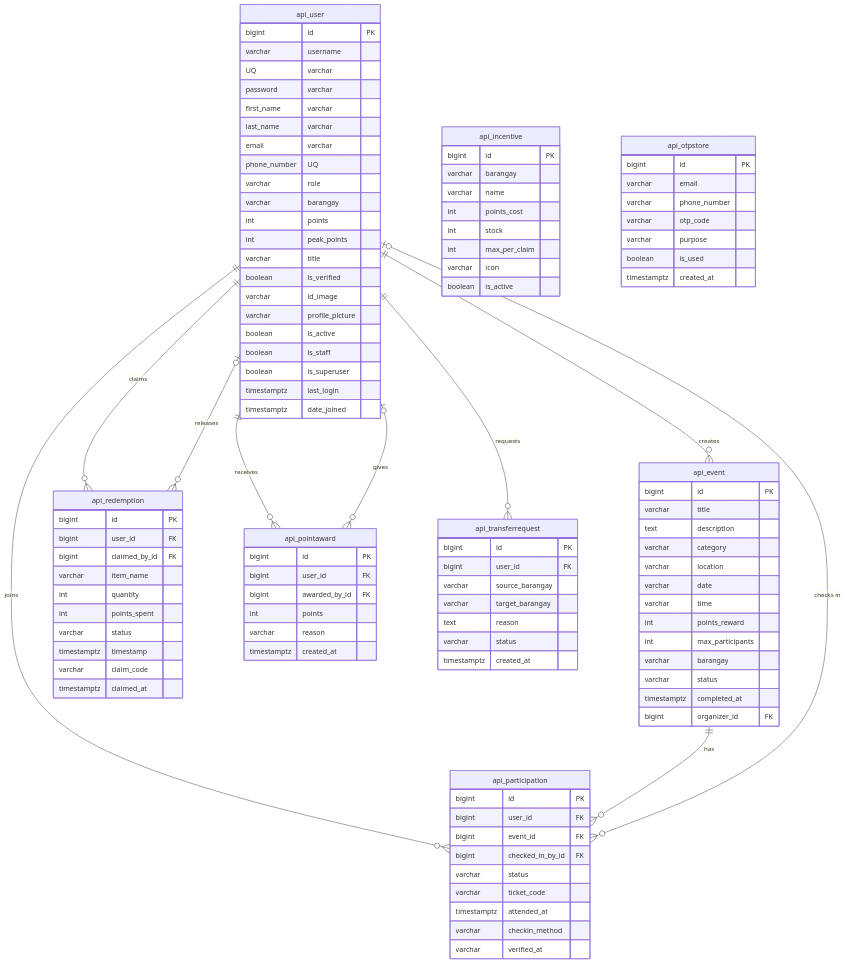
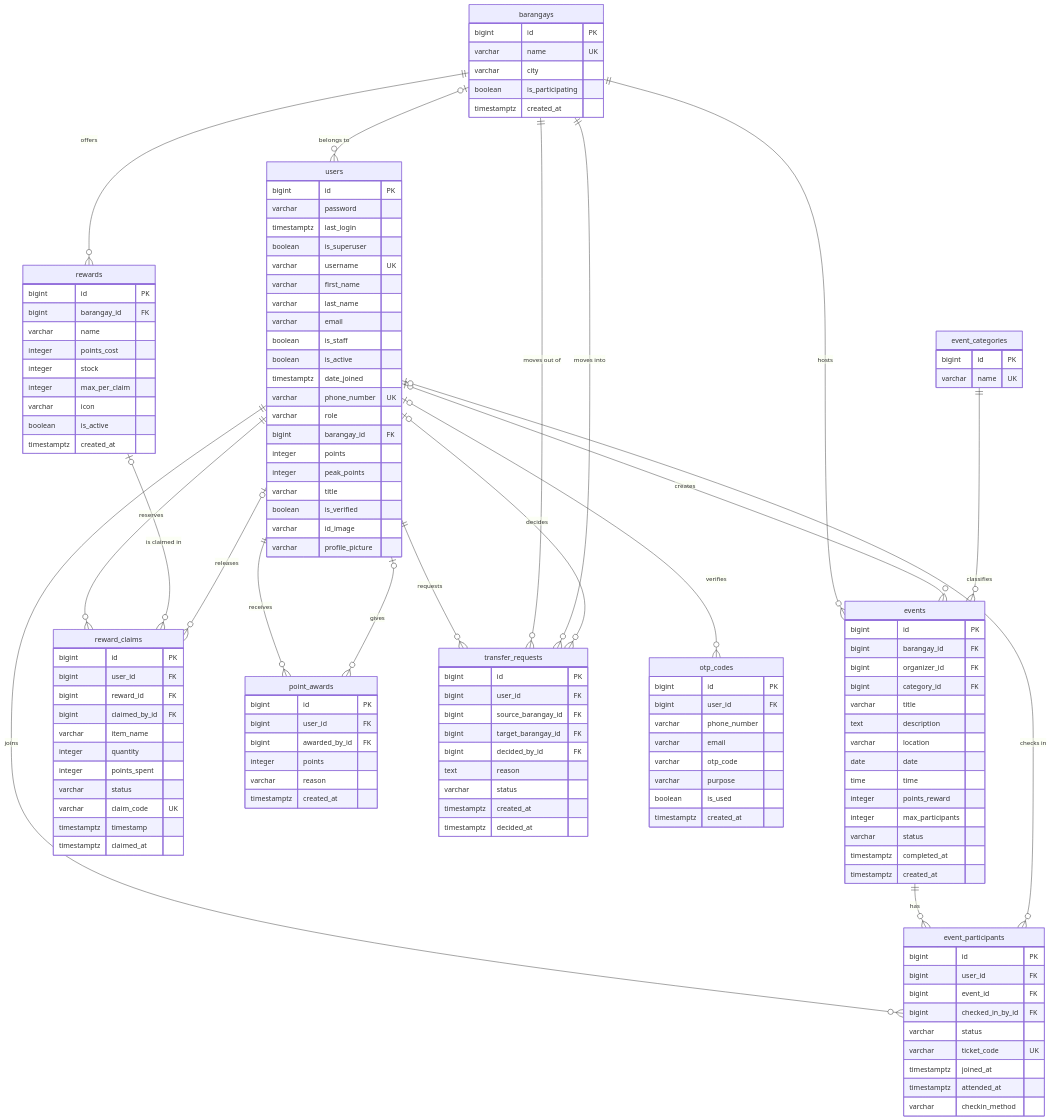
One commit to RamonE9/EcoConnect changed the diagram in docs/ERD.md. Above: the diagram before and after it, drawn with Mermaid. The commit also changed other lines of this file and 36 other files, not shown here.

Commit message:
feat: rebuild the database as 10 linked tables (barangays, users, event_categories, events, event_participants, rewards, reward_claims, point_awards, transfer_requests, otp_codes) with a one-time rebuild on deploy

````diff
--- a/docs/ERD.md
+++ b/docs/ERD.md
@@ -29,106 +40,132 @@
 ```mermaid
 erDiagram
-    api_user ||--o{ api_event : creates
-    api_user ||--o{ api_participation : joins
-    api_event ||--o{ api_participation : has
-    api_user o|--o{ api_participation : "checks in"
-    api_user ||--o{ api_redemption : claims
-    api_user o|--o{ api_redemption : releases
-    api_user ||--o{ api_pointaward : receives
-    api_user o|--o{ api_pointaward : gives
-    api_user ||--o{ api_transferrequest : requests
+    barangays o|--o{ users : "belongs to"
+    barangays ||--o{ events : "hosts"
+    users o|--o{ events : "creates"
+    event_categories ||--o{ events : "classifies"
+    users ||--o{ event_participants : "joins"
+    events ||--o{ event_participants : "has"
+    users o|--o{ event_participants : "checks in"
+    barangays ||--o{ rewards : "offers"
+    users ||--o{ reward_claims : "reserves"
+    rewards o|--o{ reward_claims : "is claimed in"
+    users o|--o{ reward_claims : "releases"
+    users ||--o{ point_awards : "receives"
+    users o|--o{ point_awards : "gives"
+    users ||--o{ transfer_requests : "requests"
+    barangays ||--o{ transfer_requests : "moves out of"
+    barangays ||--o{ transfer_requests : "moves into"
+    users o|--o{ transfer_requests : "decides"
+    users o|--o{ otp_codes : "verifies"
 
-    api_event {
+    barangays {
         bigint id PK
+        varchar name UK
+        varchar city
+        boolean is_participating
+        timestamptz created_at
+    }
+    users {
+        bigint id PK
+        varchar password
+        timestamptz last_login
+        boolean is_superuser
+        varchar username UK
+        varchar first_name
+        varchar last_name
+        varchar email
+        boolean is_staff
+        boolean is_active
+        timestamptz date_joined
+        varchar phone_number UK
+        varchar role
+        bigint barangay_id FK
+        integer points
+        integer peak_points
+        varchar title
+        boolean is_verified
+        varchar id_image
+        varchar profile_picture
+    }
+    event_categories {
+        bigint id PK
+        varchar name UK
+    }
+    events {
+        bigint id PK
+        bigint barangay_id FK
+        bigint organizer_id FK
+        bigint category_id FK
         varchar title
         text description
-        varchar category
         varchar location
-        varchar date
-        varchar time
-        int points_reward
-        int max_participants
-        varchar barangay
+        date date
+        time time
+        integer points_reward
+        integer max_participants
         varchar status
         timestamptz completed_at
-        bigint organizer_id FK
+        timestamptz created_at
     }
-    api_participation {
+    event_participants {
         bigint id PK
         bigint user_id FK
         bigint event_id FK
         bigint checked_in_by_id FK
         varchar status
-        varchar ticket_code
+        varchar ticket_code UK
+        timestamptz joined_at
         timestamptz attended_at
         varchar checkin_method
-        varchar verified_at
     }
-    api_user {
+    rewards {
         bigint id PK
-        varchar username UQ
-        varchar password
-        varchar first_name
-        varchar last_name
-        varchar email
-        varchar phone_number UQ
-        varchar role
-        varchar barangay
-        int points
-        int peak_points
-        varchar title
-        boolean is_verified
-        varchar id_image
-        varchar profile_picture
+        bigint barangay_id FK
+        varchar name
+        integer points_cost
+        integer stock
+        integer max_per_claim
+        varchar icon
         boolean is_active
-        boolean is_staff
-        boolean is_superuser
-        timestamptz last_login
-        timestamptz date_joined
+        timestamptz created_at
     }
-    api_redemption {
+    reward_claims {
         bigint id PK
         bigint user_id FK
+        bigint reward_id FK
         bigint claimed_by_id FK
         varchar item_name
-        int quantity
-        int points_spent
+        integer quantity
+        integer points_spent
         varchar status
+        varchar claim_code UK
         timestamptz timestamp
-        varchar claim_code
         timestamptz claimed_at
     }
-    api_pointaward {
+    point_awards {
         bigint id PK
         bigint user_id FK
         bigint awarded_by_id FK
-        int points
+        integer points
         varchar reason
         timestamptz created_at
     }
-    api_transferrequest {
+    transfer_requests {
         bigint id PK
         bigint user_id FK
-        varchar source_barangay
-        varchar target_barangay
+        bigint source_barangay_id FK
+        bigint target_barangay_id FK
+        bigint decided_by_id FK
         text reason
         varchar status
         timestamptz created_at
+        timestamptz decided_at
     }
-    api_incentive {
+    otp_codes {
         bigint id PK
-        varchar barangay
-        varchar name
-        int points_cost
-        int stock
-        int max_per_claim
-        varchar icon
-        boolean is_active
-    }
-    api_otpstore {
-        bigint id PK
+        bigint user_id FK
+        varchar phone_number
         varchar email
-        varchar phone_number
         varchar otp_code
         varchar purpose
         boolean is_used
````
